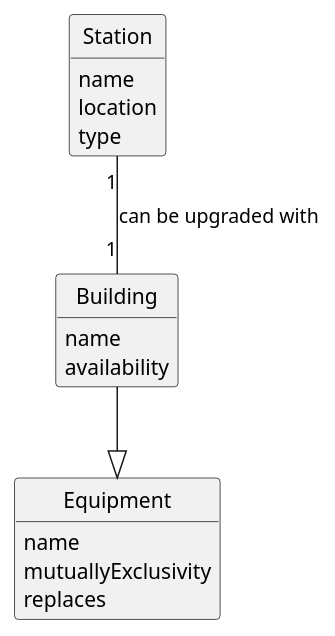
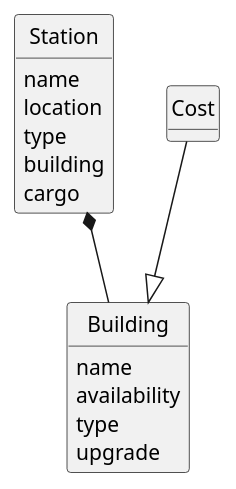
The diagram in docs/system-documentation/US006/02.analysis/puml/US006-DM.puml (goncalolopesp/sem2-pi-24.25-g093-repo), drawn with PlantUML before and after one commit. The commit also changed 1 other file, not shown here.

```diff
--- a/docs/system-documentation/US006/02.analysis/puml/US006-DM.puml
+++ b/docs/system-documentation/US006/02.analysis/puml/US006-DM.puml
@@ -1,30 +1,30 @@
 @startuml
 skinparam monochrome true
 skinparam packageStyle rectangle
 skinparam shadowing false
 skinparam classAttributeIconSize 0
 
 hide circle
 hide methods
 
 class Station {
     name
     location
     type
+    building
+    cargo
 }
 
 class Building {
     name
     availability
+    type
+    upgrade
 }
 
-class Equipment {
-    name
-    mutuallyExclusivity
-    replaces
+class Cost {
 }
 
-Building --|> Equipment
-Station "1" -- "1" Building : can be upgraded with
-
+Cost --|> Building
+Station *-- Building
 @enduml
```
